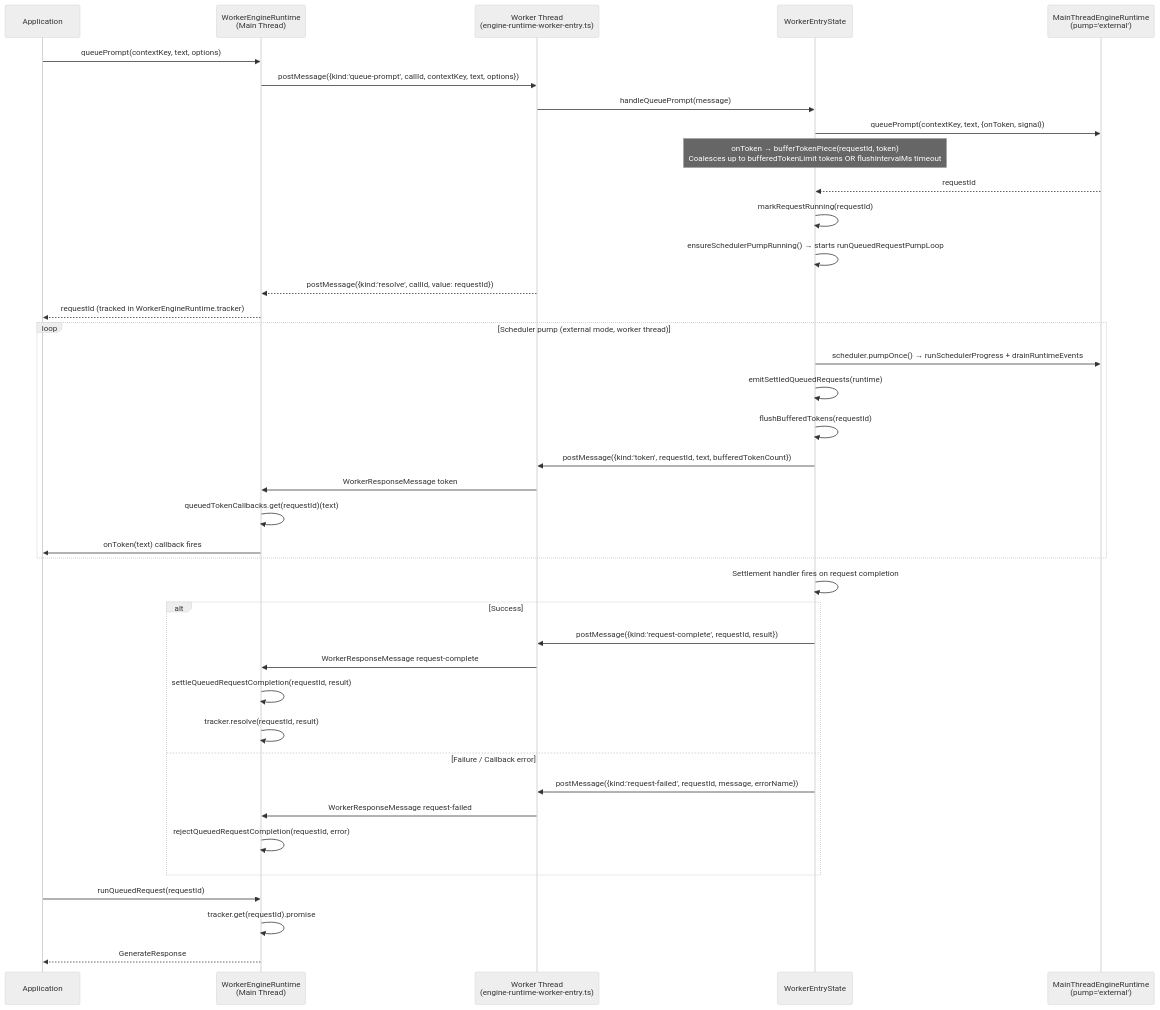
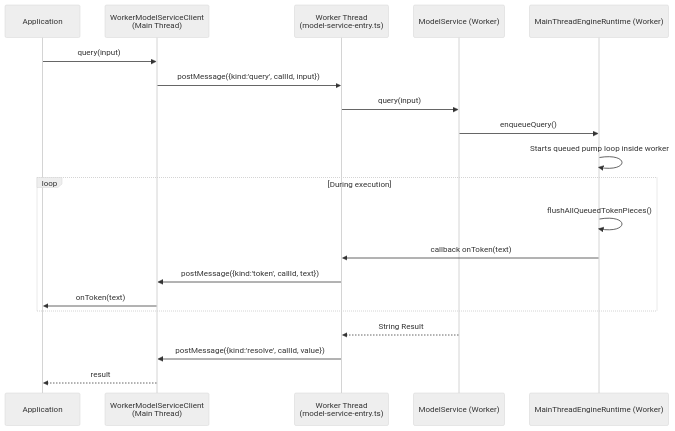
Before and after one commit to noumena-labs/Sipp: the fourth of 6 diagrams in packages/cogent-engine/docs/inference_system_design.md, drawn with Mermaid (neutral theme). The commit also changed other lines of this file and 4 other files, not shown here.

````diff
--- a/packages/cogent-engine/docs/inference_system_design.md
+++ b/packages/cogent-engine/docs/inference_system_design.md
@@ -246,45 +197,25 @@
 ```mermaid
 sequenceDiagram
     participant App as Application
-    participant WRT as WorkerEngineRuntime<br/>(Main Thread)
-    participant Worker as Worker Thread<br/>(engine-runtime-worker-entry.ts)
-    participant ES as WorkerEntryState
-    participant InnerRT as MainThreadEngineRuntime<br/>(pump='external')
+    participant WMSC as WorkerModelServiceClient<br/>(Main Thread)
+    participant Worker as Worker Thread<br/>(model-service-entry.ts)
+    participant MS as ModelService (Worker)
+    participant RT as MainThreadEngineRuntime (Worker)
 
-    App->>WRT: queuePrompt(contextKey, text, options)
-    WRT->>Worker: postMessage({kind:'queue-prompt', callId, contextKey, text, options})
-    Worker->>ES: handleQueuePrompt(message)
-    ES->>InnerRT: queuePrompt(contextKey, text, {onToken, signal})
-    Note over ES: onToken → bufferTokenPiece(requestId, token)<br/>Coalesces up to bufferedTokenLimit tokens OR flushIntervalMs timeout
-    InnerRT-->>ES: requestId
-    ES->>ES: markRequestRunning(requestId)
-    ES->>ES: ensureSchedulerPumpRunning() → starts runQueuedRequestPumpLoop
-    Worker-->>WRT: postMessage({kind:'resolve', callId, value: requestId})
-    WRT-->>App: requestId (tracked in WorkerEngineRuntime.tracker)
-
-    loop Scheduler pump (external mode, worker thread)
-        ES->>InnerRT: scheduler.pumpOnce() → runSchedulerProgress + drainRuntimeEvents
-        ES->>ES: emitSettledQueuedRequests(runtime)
-        ES->>ES: flushBufferedTokens(requestId)
-        ES->>Worker: postMessage({kind:'token', requestId, text, bufferedTokenCount})
-        Worker->>WRT: WorkerResponseMessage token
-        WRT->>WRT: queuedTokenCallbacks.get(requestId)(text)
-        WRT->>App: onToken(text) callback fires
+    App->>WMSC: query(input)
+    WMSC->>Worker: postMessage({kind:'query', callId, input})
+    Worker->>MS: query(input)
+    MS->>RT: enqueueQuery()
+    RT->>RT: Starts queued pump loop inside worker
+    
+    loop During execution
+        RT->>RT: flushAllQueuedTokenPieces()
+        RT->>Worker: callback onToken(text)
+        Worker->>WMSC: postMessage({kind:'token', callId, text})
+        WMSC->>App: onToken(text)
     end
-
-    ES->>ES: Settlement handler fires on request completion
-    alt Success
-        ES->>Worker: postMessage({kind:'request-complete', requestId, result})
-        Worker->>WRT: WorkerResponseMessage request-complete
-        WRT->>WRT: settleQueuedRequestCompletion(requestId, result)
-        WRT->>WRT: tracker.resolve(requestId, result)
-    else Failure / Callback error
-        ES->>Worker: postMessage({kind:'request-failed', requestId, message, errorName})
-        Worker->>WRT: WorkerResponseMessage request-failed
-        WRT->>WRT: rejectQueuedRequestCompletion(requestId, error)
-    end
-
-    App->>WRT: runQueuedRequest(requestId)
-    WRT->>WRT: tracker.get(requestId).promise
-    WRT-->>App: GenerateResponse
+    
+    MS-->>Worker: String Result
+    Worker->>WMSC: postMessage({kind:'resolve', callId, value})
+    WMSC-->>App: result
 ```
````
